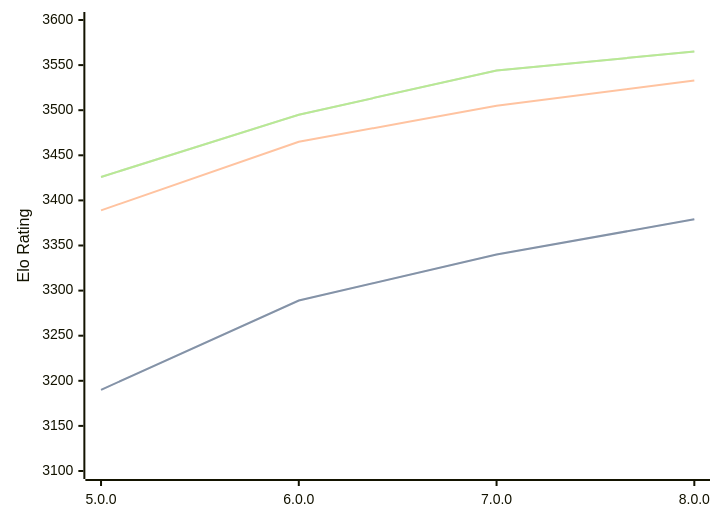
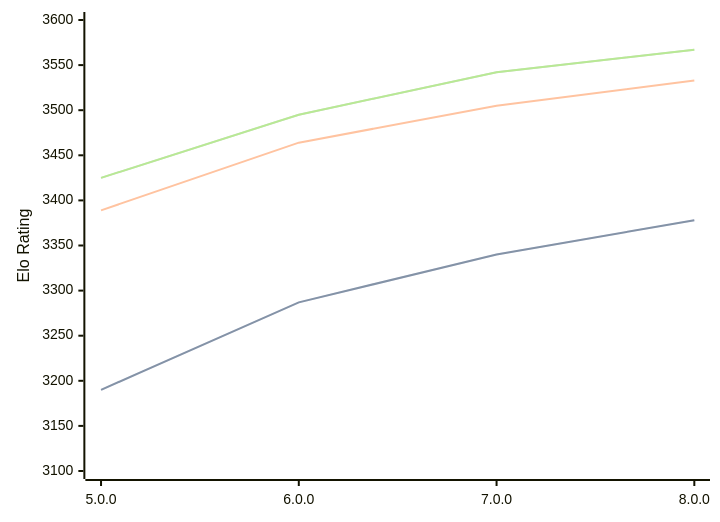
The diagram in engines/Stormphrax.md (computer-chess-index/cci), drawn with Mermaid before and after one commit. The commit also changed other lines of this file, not shown here.

Commit message:
Update CCI Ratings (ELO VLTC) - 2026-07-27

````diff
--- a/engines/Stormphrax.md
+++ b/engines/Stormphrax.md
@@ -39,11 +39,11 @@
 ```mermaid
 %%{init: {"theme":"base","themeVariables":{"seriesColors:['#a3a3a3','#222221','#faa371']}}}%%
 xychart-beta
   x-axis ["5.0.0", "6.0.0", "7.0.0", "8.0.0"]
   y-axis "Elo Rating" 3100 --> 3600
-  line "STC (8.0+0.08s)" [3190, 3289, 3340, 3379]
-  line "STC (8.0+0.08s)" [3190, 3289, 3340, 3379]
-  line "LTC (60.0+0.60s)" [3389, 3465, 3505, 3533]
-  line "VLTC (2m24s+1.12s)" [3426, 3495, 3544, 3565]
-  line "VLTC (2m24s+1.12s)" [3426, 3495, 3544, 3565]
+  line "STC (8.0+0.08s)" [3190, 3287, 3340, 3378]
+  line "STC (8.0+0.08s)" [3190, 3287, 3340, 3378]
+  line "LTC (60.0+0.60s)" [3389, 3464, 3505, 3533]
+  line "VLTC (2m24s+1.12s)" [3425, 3495, 3542, 3567]
+  line "VLTC (2m24s+1.12s)" [3425, 3495, 3542, 3567]
 ```
````
